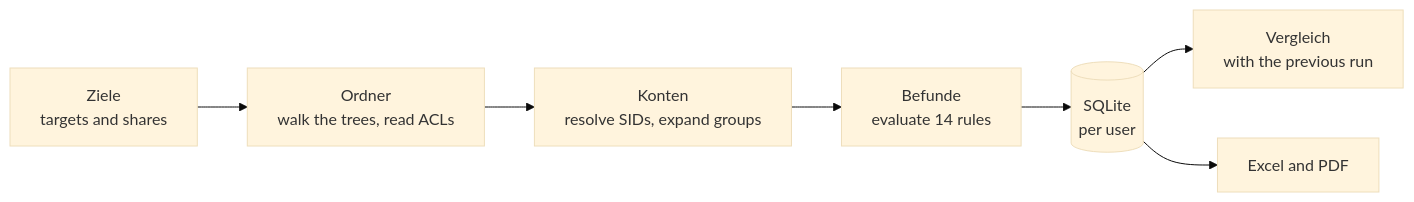
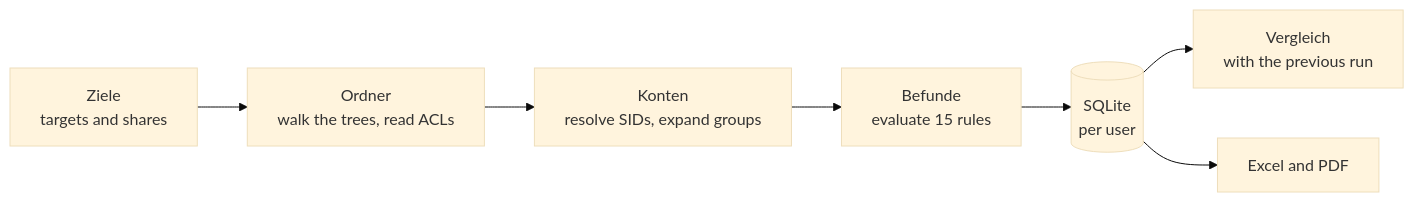
One commit to ict-baden/zutritt changed the first of 2 diagrams in docs/how-it-works.md. Above: the diagram before and after it, drawn with Mermaid (base theme). The commit also changed other lines of this file and 62 other files, not shown here.

````diff
--- a/docs/how-it-works.md
+++ b/docs/how-it-works.md
@@ -13,9 +13,9 @@
 ```mermaid
 flowchart LR
     T["Ziele<br>targets and shares"] --> O["Ordner<br>walk the trees, read ACLs"]
     O --> K["Konten<br>resolve SIDs, expand groups"]
-    K --> B["Befunde<br>evaluate 14 rules"]
+    K --> B["Befunde<br>evaluate 15 rules"]
     B --> D[("SQLite<br>per user")]
     D --> V["Vergleich<br>with the previous run"]
     D --> R["Excel and PDF"]
 ```
````
